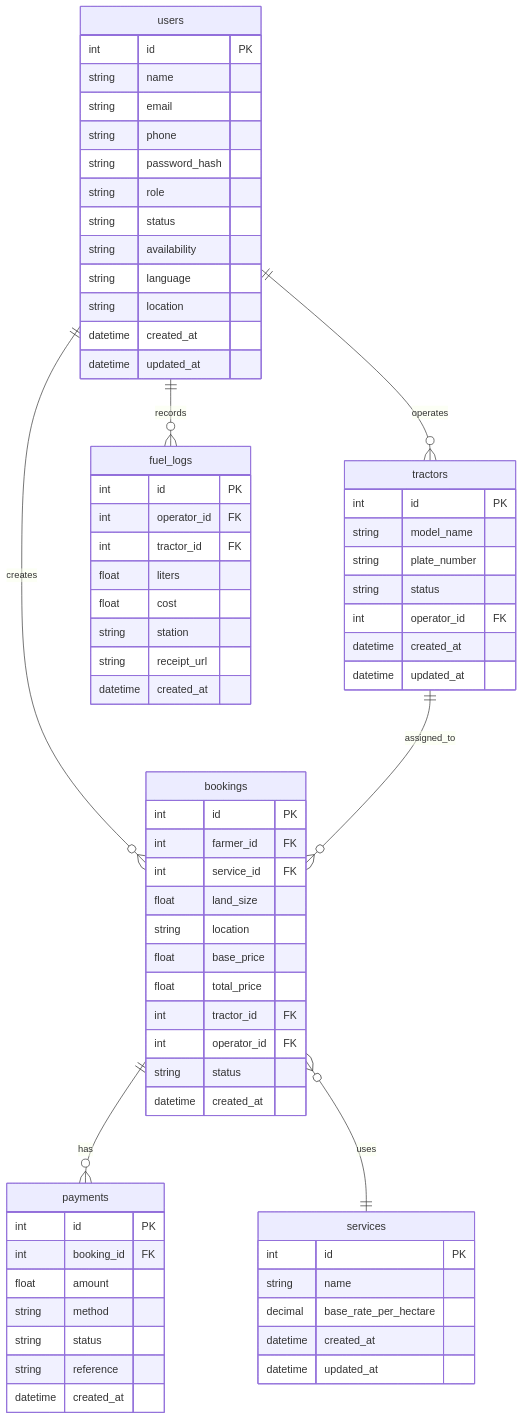
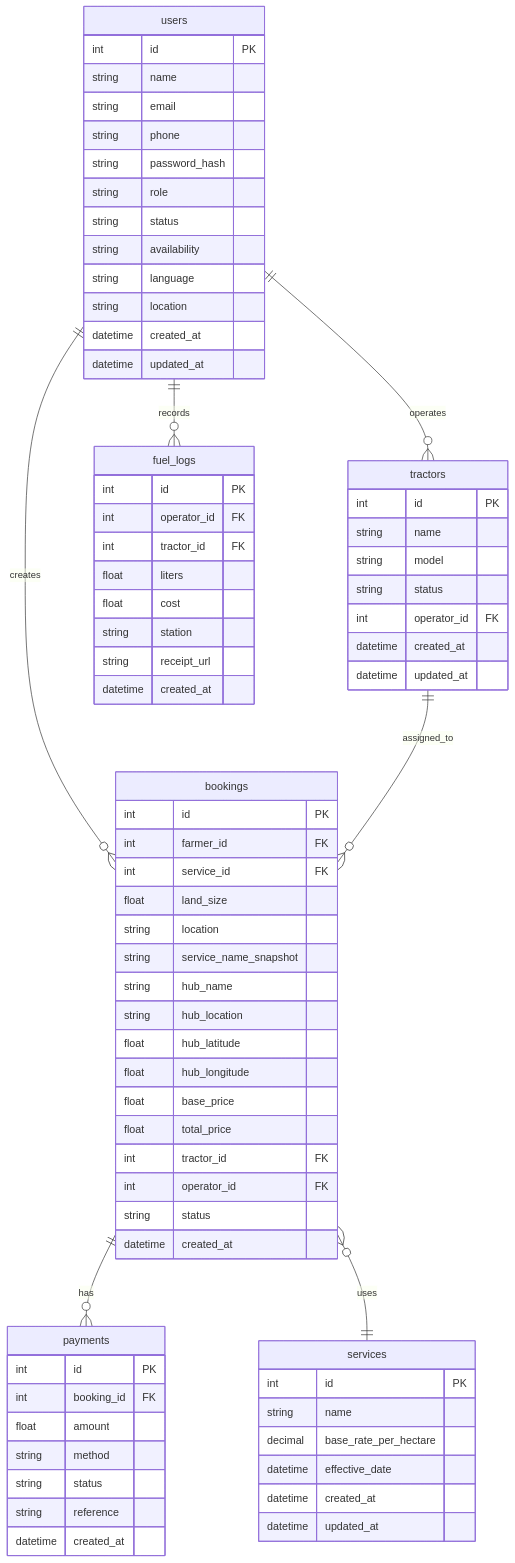
Before and after one commit to nihaals863-lgtm/tracktor: the diagram in docs/DATABASE.md, drawn with Mermaid. The commit also changed other lines of this file and 1993 other files, not shown here.

```diff
--- a/docs/DATABASE.md
+++ b/docs/DATABASE.md
@@ -46,8 +46,8 @@
 
     tractors {
         int id PK
-        string model_name
-        string plate_number
+        string name
+        string model
         string status
         int operator_id FK
         datetime created_at
@@ -58,6 +58,7 @@
         int id PK
         string name
         decimal base_rate_per_hectare
+        datetime effective_date
         datetime created_at
         datetime updated_at
     }
@@ -68,6 +69,11 @@
         int service_id FK
         float land_size
         string location
+        string service_name_snapshot
+        string hub_name
+        string hub_location
+        float hub_latitude
+        float hub_longitude
         float base_price
         float total_price
         int tractor_id FK
```
